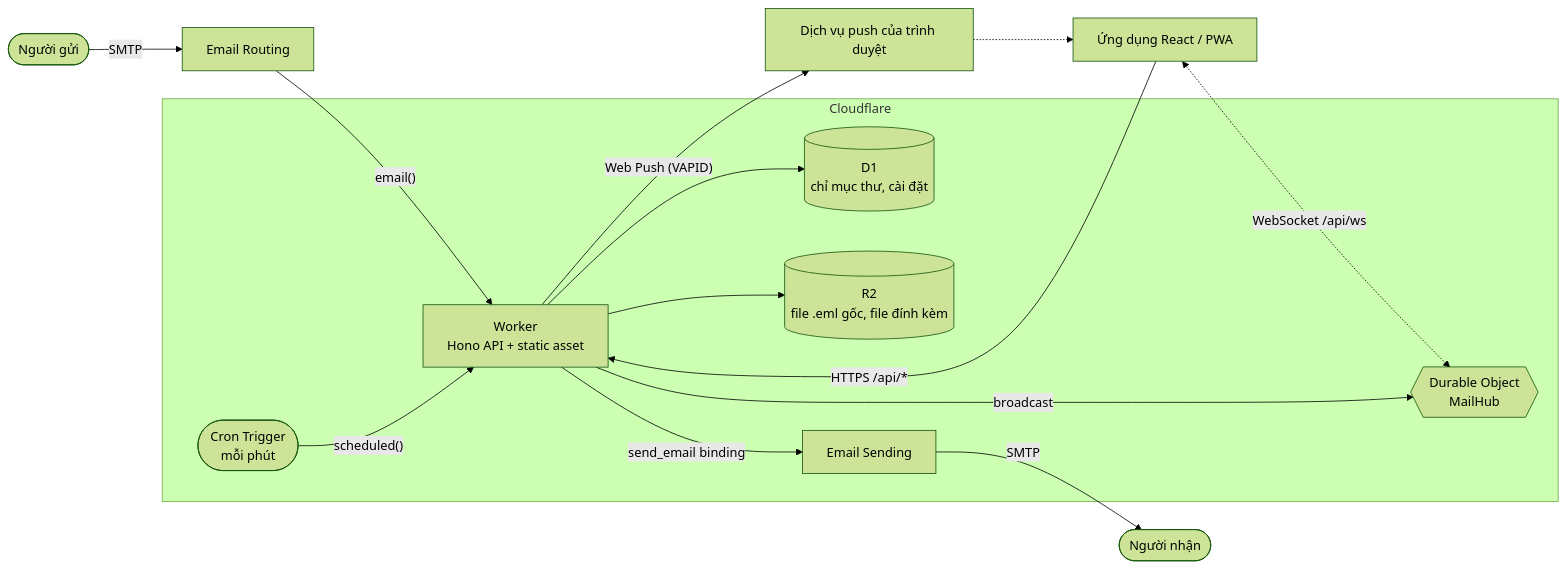
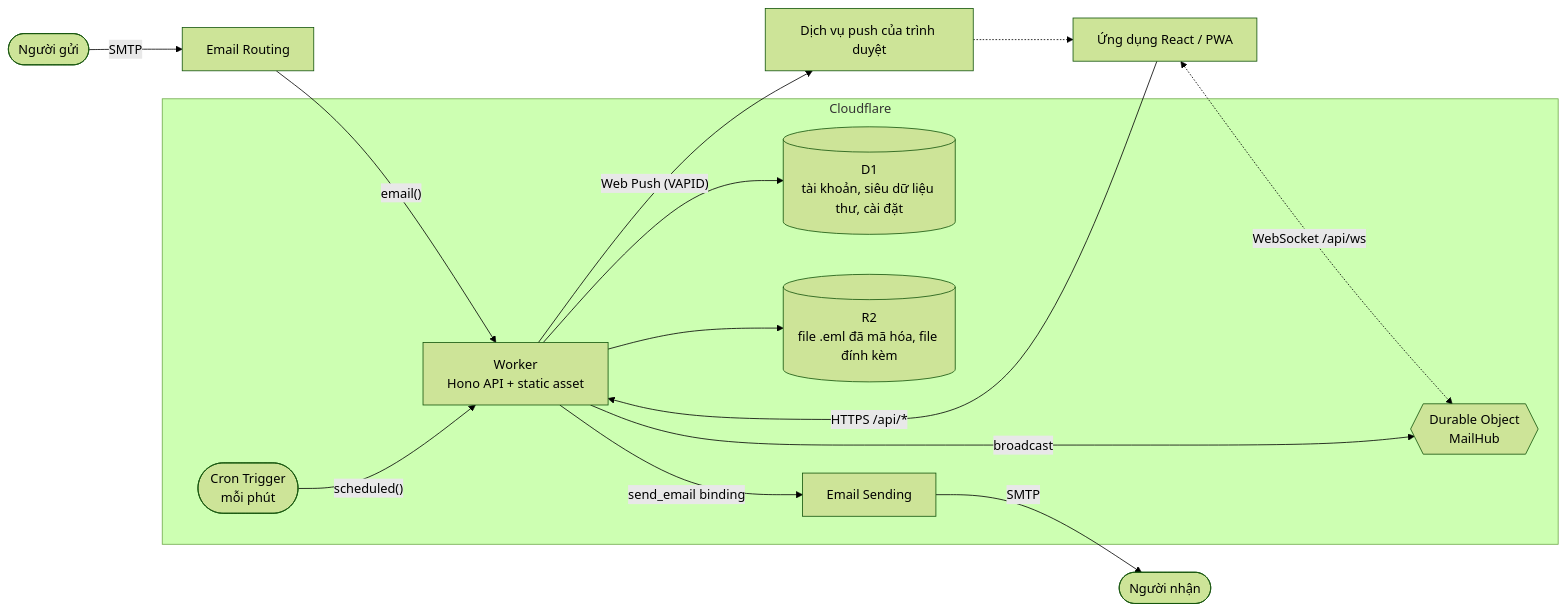
The diagram in README.vi.md (NoahDuongMaster/edging-mail), drawn with Mermaid (forest theme) before and after one commit. The commit also changed other lines of this file and 35 other files, not shown here.

````diff
--- a/README.vi.md
+++ b/README.vi.md
@@ -216,26 +288,26 @@
 ```mermaid
 flowchart LR
     sender(["Người gửi"]) -- SMTP --> routing[Email Routing]
     routing -- "email()" --> worker
 
     browser["Ứng dụng React / PWA"] -- "HTTPS /api/*" --> worker
     browser <-. "WebSocket /api/ws" .-> hub
 
     subgraph cf [Cloudflare]
         worker["Worker<br/>Hono API + static asset"]
-        d1[("D1<br/>chỉ mục thư, cài đặt")]
-        r2[("R2<br/>file .eml gốc, file đính kèm")]
+        d1[("D1<br/>tài khoản, siêu dữ liệu thư, cài đặt")]
+        r2[("R2<br/>file .eml đã mã hóa, file đính kèm")]
         hub{{"Durable Object<br/>MailHub"}}
         cron(["Cron Trigger<br/>mỗi phút"])
         sending[Email Sending]
     end
 
     worker --> d1
     worker --> r2
     worker -- broadcast --> hub
     cron -- "scheduled()" --> worker
     worker -- "send_email binding" --> sending
     sending -- SMTP --> recipient(["Người nhận"])
     worker -- "Web Push (VAPID)" --> push["Dịch vụ push của trình duyệt"]
     push -.-> browser
 ```
````
